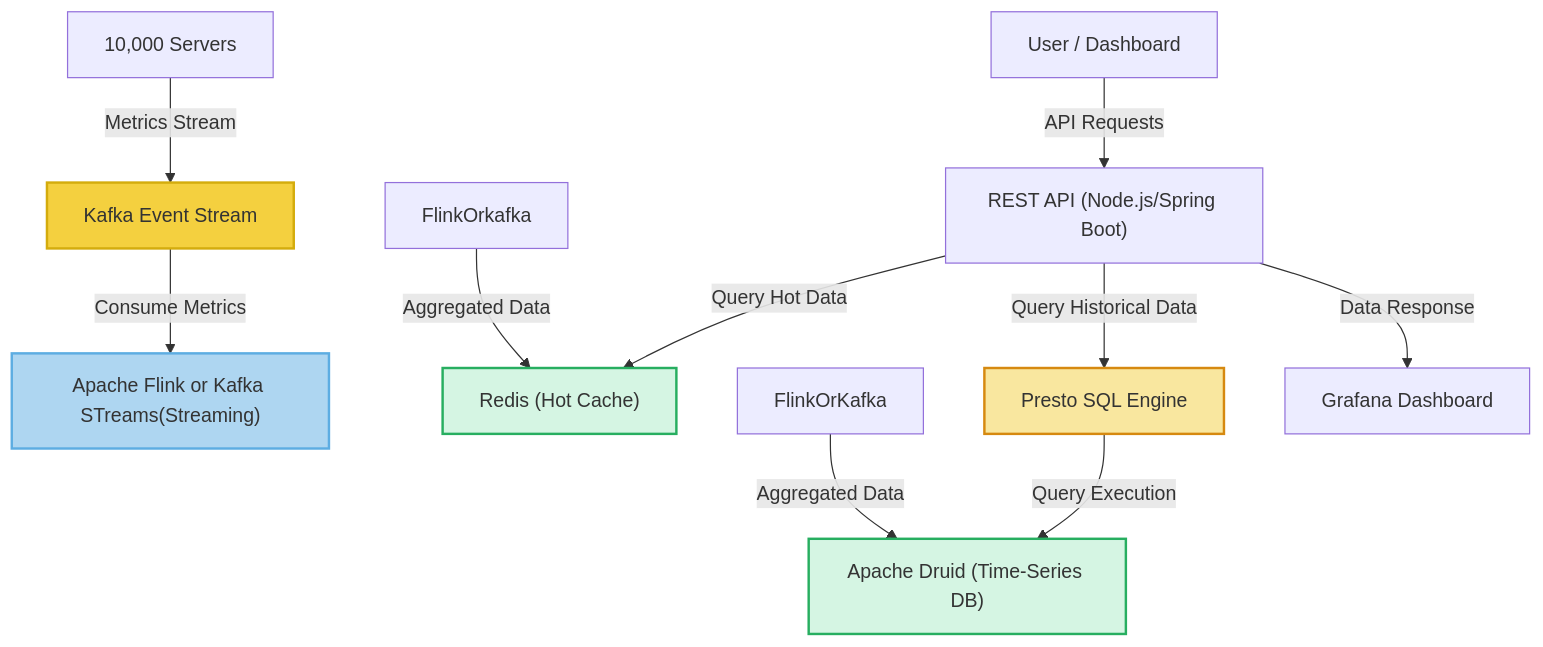
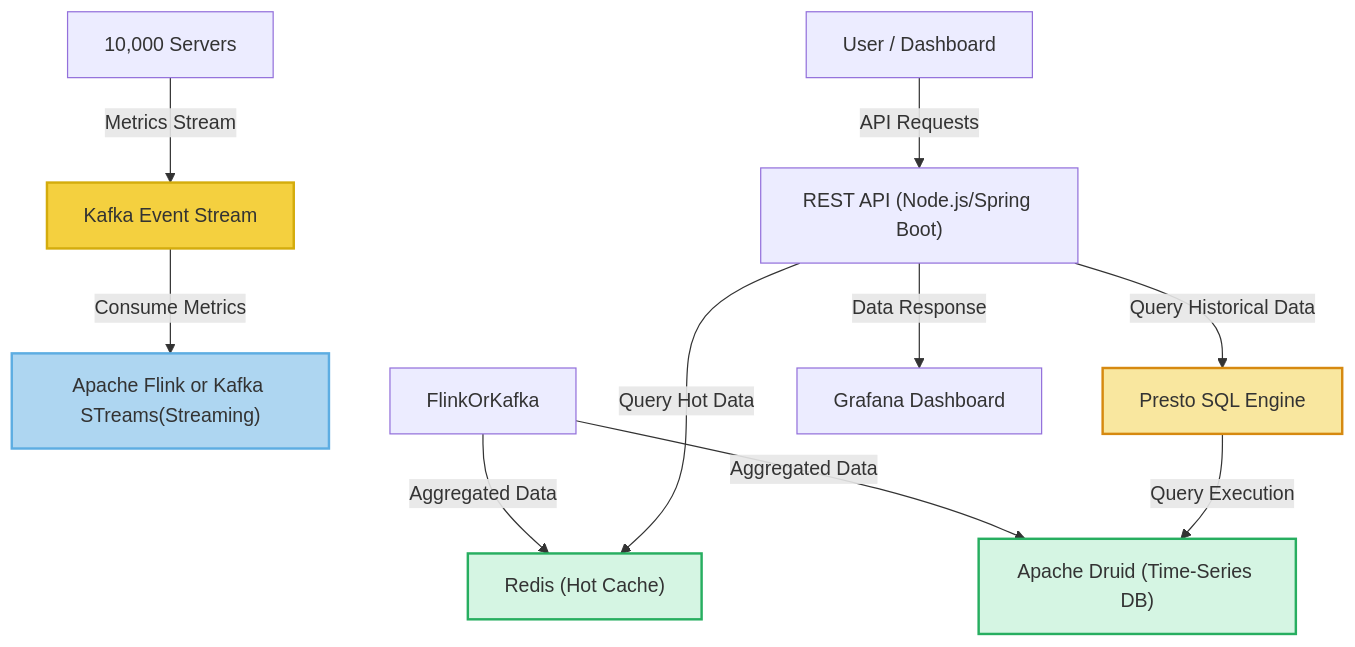
One commit to deveshyadav/algos changed the diagram in system-designs/templates/DatadogDesign.md. Above: the diagram before and after it, drawn with Mermaid.

````diff
--- a/system-designs/templates/DatadogDesign.md
+++ b/system-designs/templates/DatadogDesign.md
@@ -117,30 +117,30 @@
 ```mermaid
 graph TD;
     %% Ingestion Layer
     Servers["10,000 Servers"] -->|Metrics Stream| Kafka["Kafka Event Stream"]
 
     %% Processing Layer
     Kafka -->|Consume Metrics| Flink["Apache Flink or Kafka STreams(Streaming)"]
-    FlinkOrkafka -->|Aggregated Data| Redis["Redis (Hot Cache)"]
+    FlinkOrKafka -->|Aggregated Data| Redis["Redis (Hot Cache)"]
     FlinkOrKafka -->|Aggregated Data| Druid["Apache Druid (Time-Series DB)"]
 
     %% Query Layer
     User["User / Dashboard"] -->|API Requests| API["REST API (Node.js/Spring Boot)"]
     API -->|Query Hot Data| Redis
     API -->|Query Historical Data| Presto["Presto SQL Engine"]
     Presto -->|Query Execution| Druid
 
     %% Visualization
     API -->|Data Response| Grafana["Grafana Dashboard"]
 
     %% Legend
     classDef ingestion fill:#f4d03f,stroke:#d4ac0d,stroke-width:2px;
     classDef processing fill:#aed6f1,stroke:#5dade2,stroke-width:2px;
     classDef database fill:#d5f5e3,stroke:#27ae60,stroke-width:2px;
     classDef query fill:#f9e79f,stroke:#d68910,stroke-width:2px;
 
     class Kafka ingestion;
     class Flink processing;
     class Druid,Redis database;
     class Presto query;
 ```
````
